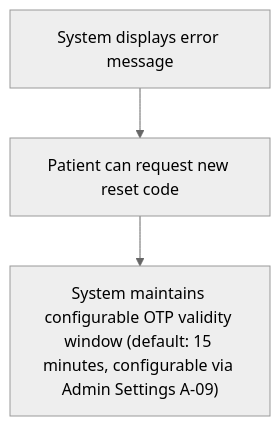
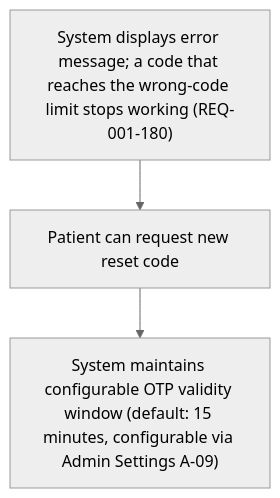
Before and after one commit to joachimtrungtuan/hairline-pm-docs: the tenth of 15 diagrams in project-requirements/functional-requirements/fr001-patient-authentication/prd.md, drawn with Mermaid (neutral theme). The commit also changed other lines of this file and 6 other files, not shown here.

Commit message:
docs(fr001): apply logic review pass 1 fixes to PRD and graph

````diff
--- a/project-requirements/functional-requirements/fr001-patient-authentication/prd.md
+++ b/project-requirements/functional-requirements/fr001-patient-authentication/prd.md
@@ -246,5 +259,5 @@
 ```mermaid
 flowchart TD
-  W3C1_1["System displays error message"] --> W3C1_2["Patient can request new reset code"]
+  W3C1_1["System displays error message; a code that reaches the wrong-code limit stops working (REQ-001-180)"] --> W3C1_2["Patient can request new reset code"]
   W3C1_2 --> W3C1_3["System maintains configurable OTP validity window (default: 15 minutes, configurable via Admin Settings A-09)"]
 ```
````
